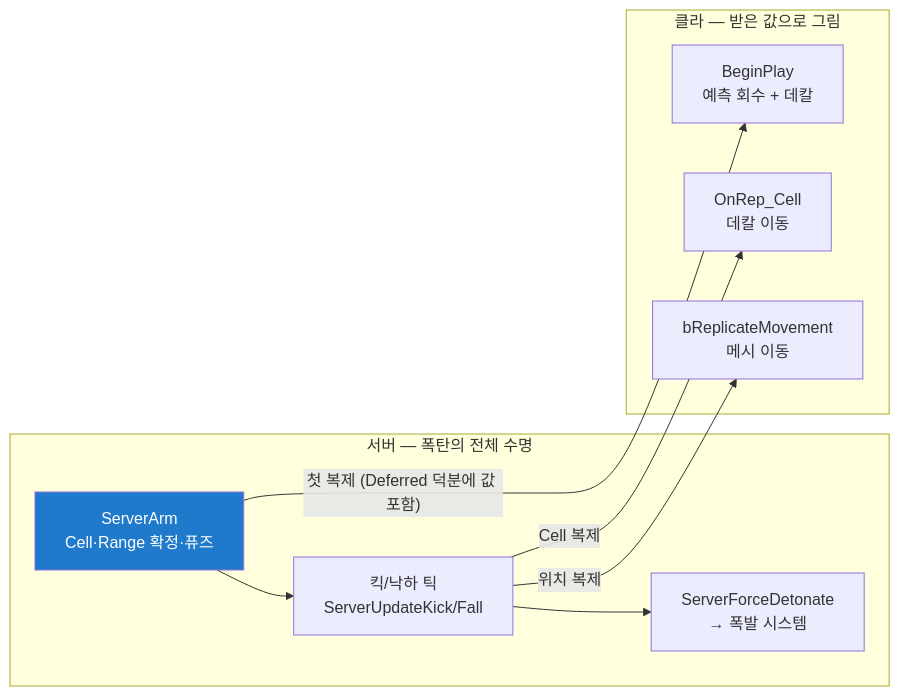
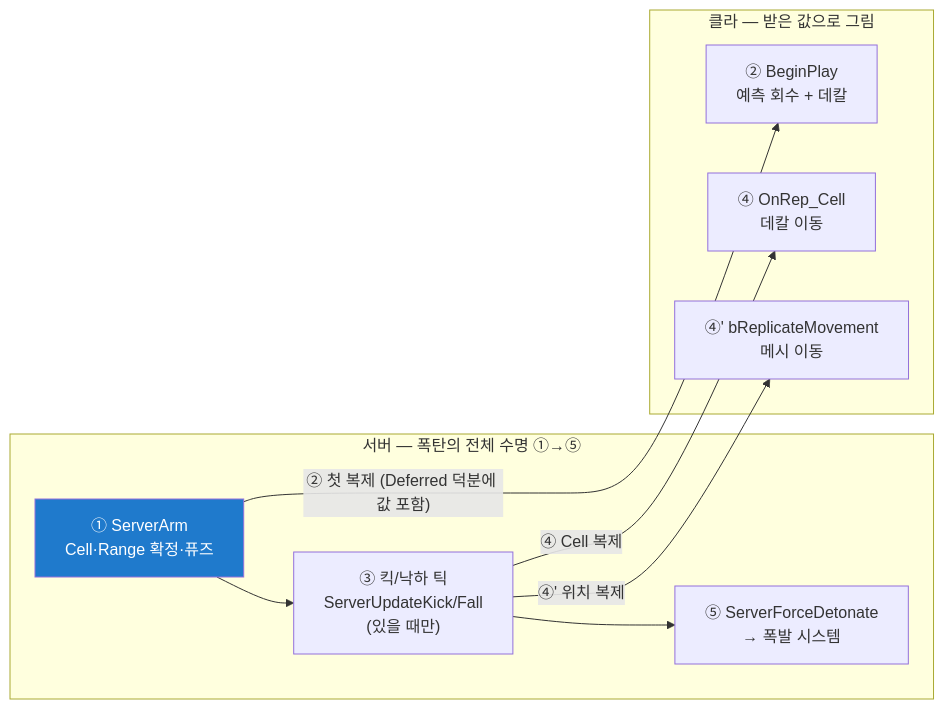
Before and after one commit to chomul/CrazyArcade_3D: the diagram in Docs/Gameplay/Bomb/17-Bomb.md, drawn with Mermaid. The commit also changed 7 other files, not shown here.

First line of the commit message:
Docs — 구조도에 진행 순서 번호 (사용자 요청)

````diff
--- a/Docs/Gameplay/Bomb/17-Bomb.md
+++ b/Docs/Gameplay/Bomb/17-Bomb.md
@@ -48,16 +48,16 @@
 ```mermaid
 flowchart LR
-    subgraph SV["서버 — 폭탄의 전체 수명"]
-        A["ServerArm<br>Cell·Range 확정·퓨즈"] --> B["킥/낙하 틱<br>ServerUpdateKick/Fall"]
-        B --> C["ServerForceDetonate<br>→ 폭발 시스템"]
+    subgraph SV["서버 — 폭탄의 전체 수명 ①→⑤"]
+        A["① ServerArm<br>Cell·Range 확정·퓨즈"] --> B["③ 킥/낙하 틱<br>ServerUpdateKick/Fall<br>(있을 때만)"]
+        B --> C["⑤ ServerForceDetonate<br>→ 폭발 시스템"]
     end
     subgraph CL["클라 — 받은 값으로 그림"]
-        D["BeginPlay<br>예측 회수 + 데칼"]
-        E["OnRep_Cell<br>데칼 이동"]
-        F["bReplicateMovement<br>메시 이동"]
+        D["② BeginPlay<br>예측 회수 + 데칼"]
+        E["④ OnRep_Cell<br>데칼 이동"]
+        F["④' bReplicateMovement<br>메시 이동"]
     end
-    A -->|"첫 복제 (Deferred 덕분에 값 포함)"| D
-    B -->|"Cell 복제"| E
-    B -->|"위치 복제"| F
+    A -->|"② 첫 복제 (Deferred 덕분에 값 포함)"| D
+    B -->|"④ Cell 복제"| E
+    B -->|"④' 위치 복제"| F
     style A fill:#1F7ACC,color:#fff
 ```
````
